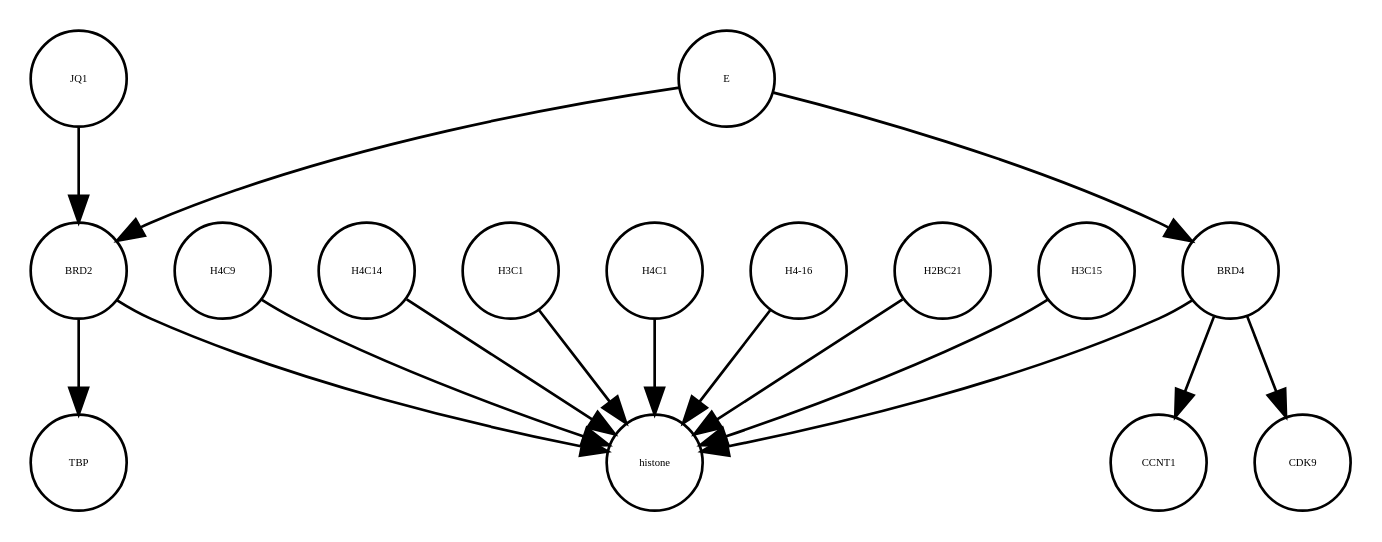
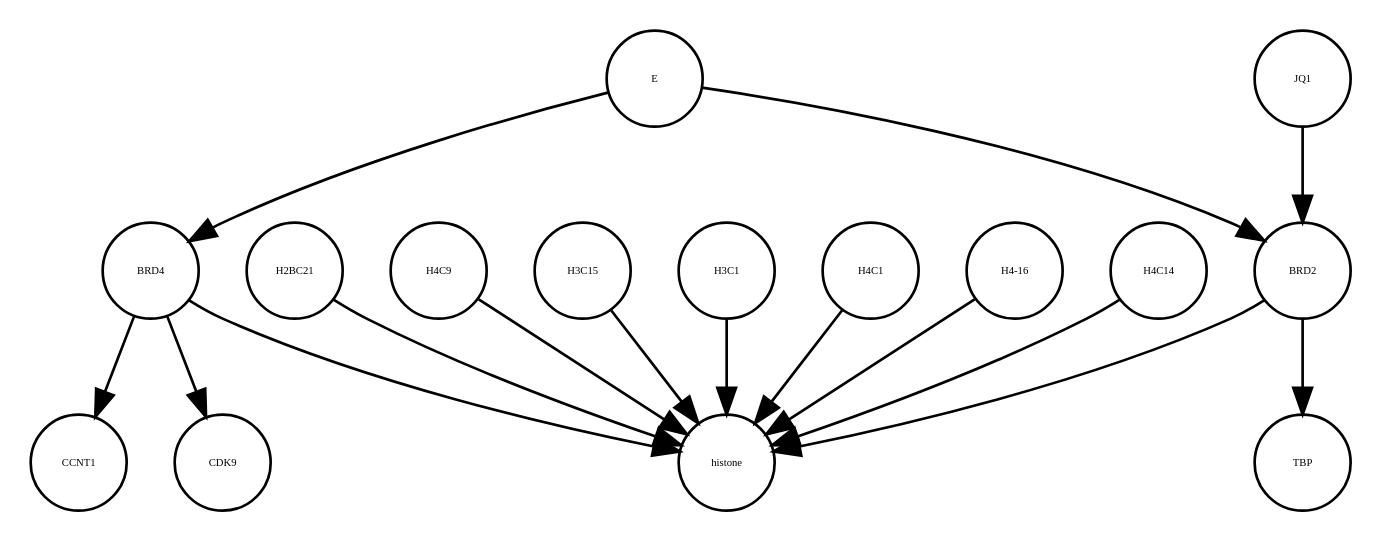
Before and after one commit to cannin/covid19-sbgn: the diagram in E_SARS_CoV_2_21_05_2020.xml_projected.dot, drawn with Graphviz. The commit also changed other lines of this file and 572 other files, not shown here.

```diff
--- a/E_SARS_CoV_2_21_05_2020.xml_projected.dot
+++ b/E_SARS_CoV_2_21_05_2020.xml_projected.dot
@@ -1,32 +1,32 @@
 strict digraph  {
+CCNT1 [annotation="", bipartite=0, cls=macromolecule, fontsize=4, label=CCNT1, shape=circle];
+TBP [annotation="", bipartite=0, cls=macromolecule, fontsize=4, label=TBP, shape=circle];
+H2BC21 [annotation="", bipartite=0, cls=macromolecule, fontsize=4, label=H2BC21, shape=circle];
+histone [annotation="", bipartite=0, cls=complex, fontsize=4, label=histone, shape=circle];
+E [annotation=urn_miriam_ncbiprotein_BCD58755, bipartite=0, cls=macromolecule, fontsize=4, label=E, shape=circle];
 H4C9 [annotation="", bipartite=0, cls=macromolecule, fontsize=4, label=H4C9, shape=circle];
+H3C15 [annotation="", bipartite=0, cls=macromolecule, fontsize=4, label=H3C15, shape=circle];
+H3C1 [annotation="", bipartite=0, cls=macromolecule, fontsize=4, label=H3C1, shape=circle];
 BRD2 [annotation="", bipartite=0, cls=macromolecule, fontsize=4, label=BRD2, shape=circle];
-E [annotation=urn_miriam_ncbiprotein_BCD58755, bipartite=0, cls=macromolecule, fontsize=4, label=E, shape=circle];
+H4C1 [annotation="", bipartite=0, cls=macromolecule, fontsize=4, label=H4C1, shape=circle];
+"H4-16" [annotation="", bipartite=0, cls=macromolecule, fontsize=4, label="H4-16", shape=circle];
 H4C14 [annotation="", bipartite=0, cls=macromolecule, fontsize=4, label=H4C14, shape=circle];
-TBP [annotation="", bipartite=0, cls=macromolecule, fontsize=4, label=TBP, shape=circle];
-H3C1 [annotation="", bipartite=0, cls=macromolecule, fontsize=4, label=H3C1, shape=circle];
-CCNT1 [annotation="", bipartite=0, cls=macromolecule, fontsize=4, label=CCNT1, shape=circle];
-JQ1 [annotation="", bipartite=0, cls=macromolecule, fontsize=4, label=JQ1, shape=circle];
 CDK9 [annotation="", bipartite=0, cls=macromolecule, fontsize=4, label=CDK9, shape=circle];
 BRD4 [annotation="", bipartite=0, cls=macromolecule, fontsize=4, label=BRD4, shape=circle];
-H4C1 [annotation="", bipartite=0, cls=macromolecule, fontsize=4, label=H4C1, shape=circle];
-"H4-16" [annotation="", bipartite=0, cls=macromolecule, fontsize=4, label="H4-16", shape=circle];
-H2BC21 [annotation="", bipartite=0, cls=macromolecule, fontsize=4, label=H2BC21, shape=circle];
-H3C15 [annotation="", bipartite=0, cls=macromolecule, fontsize=4, label=H3C15, shape=circle];
-histone [annotation="", bipartite=0, cls=complex, fontsize=4, label=histone, shape=circle];
+JQ1 [annotation="", bipartite=0, cls=macromolecule, fontsize=4, label=JQ1, shape=circle];
+H2BC21 -> histone  [annotation="", interaction_type=production];
+E -> BRD2  [annotation="urn_miriam_doi_10.1038%2Fs41586-020-2286-9|urn_miriam_doi_10.1080%2F15592294.2018.1469891", interaction_type=inhibition];
+E -> BRD4  [annotation="urn_miriam_doi_10.1038%2Fs41586-020-2286-9", interaction_type=inhibition];
 H4C9 -> histone  [annotation="", interaction_type=production];
+H3C15 -> histone  [annotation="", interaction_type=production];
+H3C1 -> histone  [annotation="", interaction_type=production];
 BRD2 -> TBP  [annotation="urn_miriam_doi_10.1007%2Fs11010-006-9223-6", interaction_type=catalysis];
 BRD2 -> histone  [annotation="urn_miriam_doi_10.1038%2Fnsmb.3228.|urn_miriam_doi_10.1016%2Fj.molcel.2008.01.018", interaction_type=catalysis];
-E -> BRD4  [annotation="urn_miriam_doi_10.1038%2Fs41586-020-2286-9", interaction_type=inhibition];
-E -> BRD2  [annotation="urn_miriam_doi_10.1038%2Fs41586-020-2286-9|urn_miriam_doi_10.1080%2F15592294.2018.1469891", interaction_type=inhibition];
+H4C1 -> histone  [annotation="", interaction_type=production];
+"H4-16" -> histone  [annotation="", interaction_type=production];
 H4C14 -> histone  [annotation="", interaction_type=production];
-H3C1 -> histone  [annotation="", interaction_type=production];
-JQ1 -> BRD2  [annotation="urn_miriam_doi_10.1038%2Fs41586-020-2286-9|urn_miriam_doi_10.1080%2F15592294.2018.1469891", interaction_type=inhibition];
 BRD4 -> histone  [annotation="urn_miriam_doi_10.1038%2Fnsmb.3228.|urn_miriam_doi_10.1016%2Fj.molcel.2008.01.018", interaction_type=catalysis];
 BRD4 -> CDK9  [annotation=urn_miriam_taxonomy_10090, interaction_type=catalysis];
 BRD4 -> CCNT1  [annotation="", interaction_type=catalysis];
-H4C1 -> histone  [annotation="", interaction_type=production];
-"H4-16" -> histone  [annotation="", interaction_type=production];
-H2BC21 -> histone  [annotation="", interaction_type=production];
-H3C15 -> histone  [annotation="", interaction_type=production];
+JQ1 -> BRD2  [annotation="urn_miriam_doi_10.1038%2Fs41586-020-2286-9|urn_miriam_doi_10.1080%2F15592294.2018.1469891", interaction_type=inhibition];
 }
```
